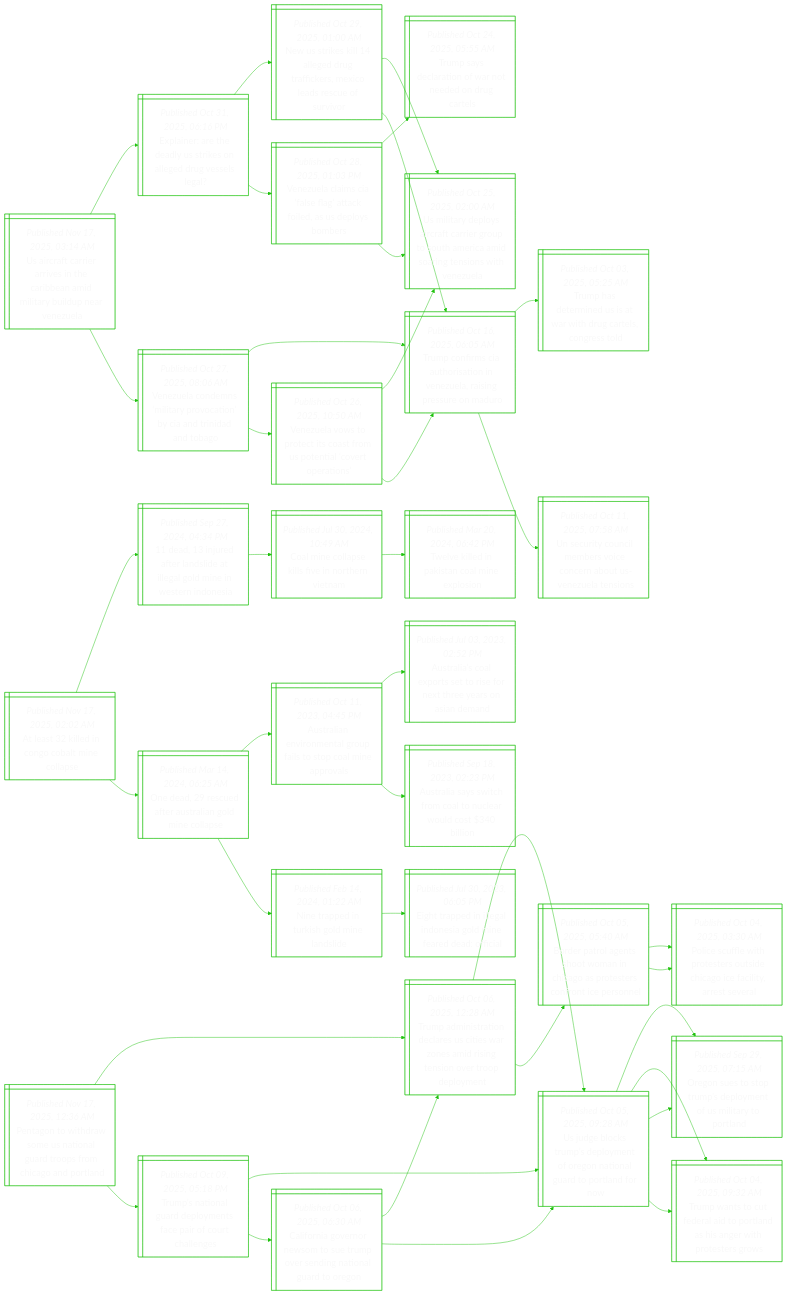
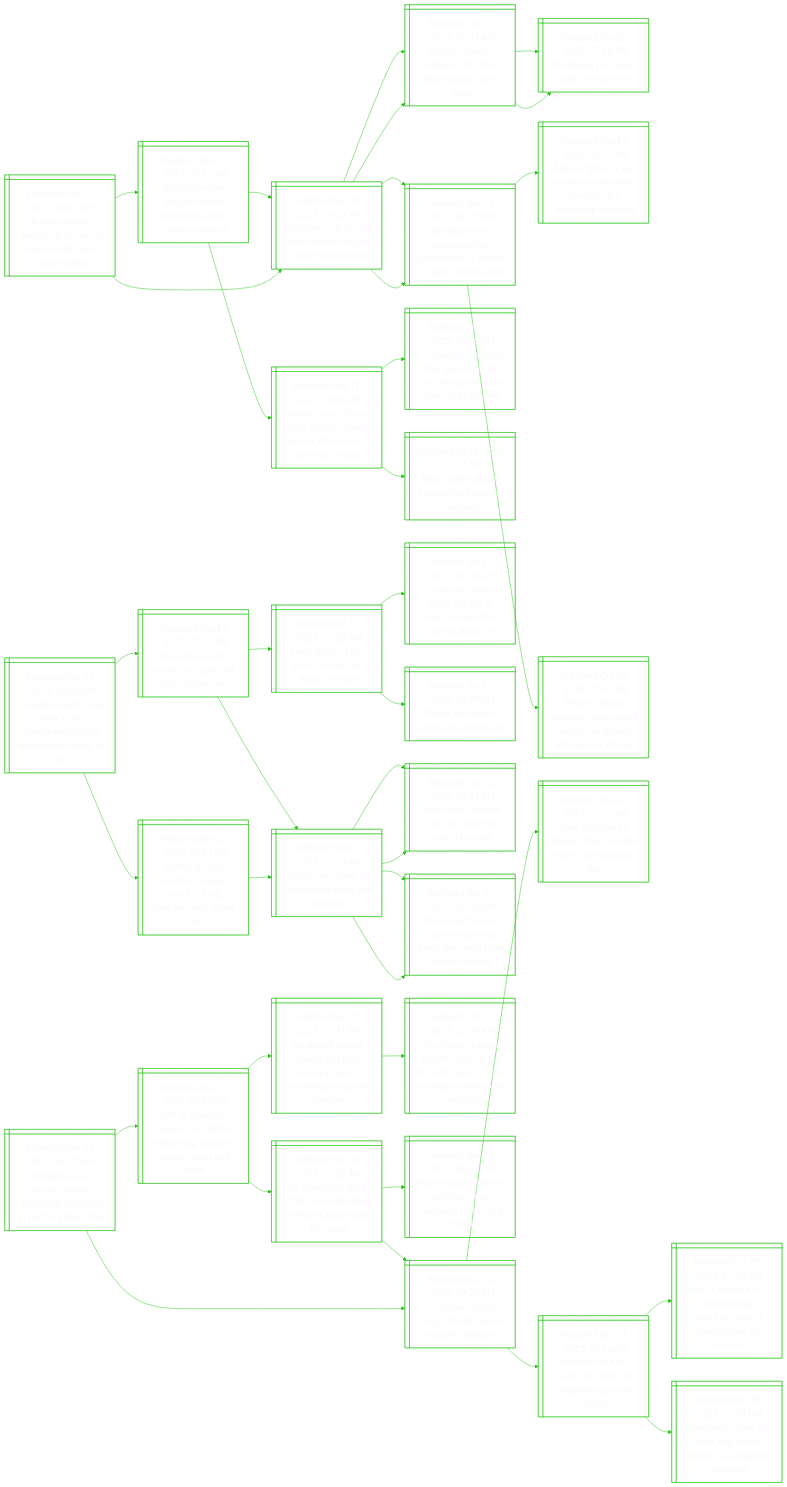
Before and after one commit to notJmes/notJmes: the diagram in README.md, drawn with Mermaid. The commit also changed other lines of this file, not shown here.

````diff
--- a/README.md
+++ b/README.md
@@ -16,127 +16,124 @@
 flowchart LR
 classDef txtsize font-size:20px;
 
-Ucceinaeiiburz@{ shape: win-pane, label: "_Published Nov 17, 2025, 03:14 AM_
-Us aircraft carrier arrives in the caribbean amid military buildup near venezuela" }
+Biiuilnreamc@{ shape: win-pane, label: "_Published Nov 17, 2025, 06:37 AM_
+Britain reviews human rights laws in major shake-up of asylum policy" }
+Biafssouamh@{ shape: win-pane, label: "_Published Nov 16, 2025, 06:42 AM_
+Britain to make refugee status temporary under asylum overhaul" }
+ReUamitnemn@{ shape: win-pane, label: "_Published Nov 15, 2025, 08:16 AM_
+Refugees in uk to face time-limited stays in border clampdown" }
+Biasspadyet@{ shape: win-pane, label: "_Published Sep 06, 2025, 01:35 AM_
+Britain’s starmer shakes up top team after deputy rayner quits" }
+Bseaitennatui@{ shape: win-pane, label: "_Published Nov 12, 2025, 08:37 PM_
+British pm keir starmer insists government is ‘united’ as plot rumours swirl" }
+Bsnoieameoeeot@{ shape: win-pane, label: "_Published Nov 11, 2025, 08:26 PM_
+British council loses bid to remove asylum seekers from hotel at centre of protests" }
+Uialtyesfreols@{ shape: win-pane, label: "_Published Oct 25, 2025, 03:09 AM_
+Uk minister ‘appalled’ after asylum seeker sex offender is freed from jail by mistake" }
+Naoddtumn@{ shape: win-pane, label: "_Published Jul 21, 2025, 06:17 AM_
+New clashes outside london hotel housing migrants" }
+ReUamitnemn@{ shape: win-pane, label: "_Published Nov 15, 2025, 08:16 AM_
+Refugees in uk to face time-limited stays in border clampdown" }
+Biasspadyet@{ shape: win-pane, label: "_Published Sep 06, 2025, 01:35 AM_
+Britain’s starmer shakes up top team after deputy rayner quits" }
+UuRrstr@{ shape: win-pane, label: "_Published Sep 05, 2025, 07:10 PM_
+Uk deputy pm rayner quits over tax error" }
+UuRrstr@{ shape: win-pane, label: "_Published Sep 05, 2025, 07:10 PM_
+Uk deputy pm rayner quits over tax error" }
+Bseaitennatui@{ shape: win-pane, label: "_Published Nov 12, 2025, 08:37 PM_
+British pm keir starmer insists government is ‘united’ as plot rumours swirl" }
+AsisSenfooeshn@{ shape: win-pane, label: "_Published Nov 12, 2025, 08:27 AM_
+Allies of britain’s keir starmer launch effort to ward off a leadership challenge" }
+Bibessdsstyea@{ shape: win-pane, label: "_Published Oct 25, 2025, 07:01 PM_
+Britain’s labour members pick sacked minister as deputy, defying keir starmer" }
+
+Biiuilnreamc:::txtsize --> Biafssouamh:::txtsize
+Biafssouamh:::txtsize --> ReUamitnemn:::txtsize
+ReUamitnemn:::txtsize --> Biasspadyet:::txtsize
+ReUamitnemn:::txtsize --> Bseaitennatui:::txtsize
+Biafssouamh:::txtsize --> Bsnoieameoeeot:::txtsize
+Bsnoieameoeeot:::txtsize --> Uialtyesfreols:::txtsize
+Bsnoieameoeeot:::txtsize --> Naoddtumn:::txtsize
+Biiuilnreamc:::txtsize --> ReUamitnemn:::txtsize
+ReUamitnemn:::txtsize --> Biasspadyet:::txtsize
+Biasspadyet:::txtsize --> UuRrstr:::txtsize
+Biasspadyet:::txtsize --> UuRrstr:::txtsize
+ReUamitnemn:::txtsize --> Bseaitennatui:::txtsize
+Bseaitennatui:::txtsize --> AsisSenfooeshn:::txtsize
+Bseaitennatui:::txtsize --> Bibessdsstyea:::txtsize
+
+FgishsdrcehfiI@{ shape: win-pane, label: "_Published Nov 17, 2025, 06:30 AM_
+Foreign minister says there is ‘no undeclared nuclear enrichment facility’ in iran" }
+Iairfudnak@{ shape: win-pane, label: "_Published Nov 16, 2025, 07:37 PM_
+Iran says us is not ready for ‘equal and fair’ nuclear talks" }
+IfIImlinr@{ shape: win-pane, label: "_Published Jun 15, 2025, 07:25 AM_
+‘i was afraid i’d die’: iran’s missiles rain down on israel" }
+Ilseearaenak@{ shape: win-pane, label: "_Published Jun 15, 2025, 05:30 AM_
+Israel-iran strikes enter 3rd day as trump warns tehran not to attack us" }
+TsasIhe@{ shape: win-pane, label: "_Published Jun 15, 2025, 03:49 AM_
+Trump says ‘war in israel-iran should end’" }
+Tspcdgiacs@{ shape: win-pane, label: "_Published Nov 07, 2025, 10:16 AM_
+Trump says ‘open’ to considering lifting iran sanctions" }
+Wrtenhwfx@{ shape: win-pane, label: "_Published Jun 13, 2025, 09:51 PM_
+Why israel attacked iran, and what to watch for next" }
+AaoIerftrcace@{ shape: win-pane, label: "_Published Sep 27, 2025, 08:42 PM_
+As un sanctions on iran re-enter into force, the world faces fearful choices" }
+VyrnentsouArs@{ shape: win-pane, label: "_Published Nov 12, 2025, 10:31 PM_
+Verifying iran’s enriched uranium stock is ‘long overdue’, iaea report says" }
+Tspcdgiacs@{ shape: win-pane, label: "_Published Nov 07, 2025, 10:16 AM_
+Trump says ‘open’ to considering lifting iran sanctions" }
+Wrtenhwfx@{ shape: win-pane, label: "_Published Jun 13, 2025, 09:51 PM_
+Why israel attacked iran, and what to watch for next" }
+AaoIerftrcace@{ shape: win-pane, label: "_Published Sep 27, 2025, 08:42 PM_
+As un sanctions on iran re-enter into force, the world faces fearful choices" }
+
+FgishsdrcehfiI:::txtsize --> Iairfudnak:::txtsize
+Iairfudnak:::txtsize --> IfIImlinr:::txtsize
+IfIImlinr:::txtsize --> Ilseearaenak:::txtsize
+IfIImlinr:::txtsize --> TsasIhe:::txtsize
+Iairfudnak:::txtsize --> Tspcdgiacs:::txtsize
+Tspcdgiacs:::txtsize --> Wrtenhwfx:::txtsize
+Tspcdgiacs:::txtsize --> AaoIerftrcace:::txtsize
+FgishsdrcehfiI:::txtsize --> VyrnentsouArs:::txtsize
+VyrnentsouArs:::txtsize --> Tspcdgiacs:::txtsize
+Tspcdgiacs:::txtsize --> Wrtenhwfx:::txtsize
+Tspcdgiacs:::txtsize --> AaoIerftrcace:::txtsize
+
+Pgytaepdbnflt@{ shape: win-pane, label: "_Published Nov 17, 2025, 06:27 AM_
+Pentagon says it struck another suspected drug boat in pacific, killing three" }
+orsomalduttpon@{ shape: win-pane, label: "_Published Nov 14, 2025, 07:37 PM_
+29% of americans support us military killing drug suspects, reuters/ipsos poll finds" }
+Ucceeonigsteens@{ shape: win-pane, label: "_Published Nov 11, 2025, 11:41 PM_
+Us aircraft carrier moves into latin america region, escalating venezuela tensions" }
+Uidycceuomasnswee@{ shape: win-pane, label: "_Published Oct 25, 2025, 02:00 AM_
+Us military deploys aircraft carrier group to south america amid soaring tensions with venezuela" }
+Uddrngufialhe@{ shape: win-pane, label: "_Published Nov 14, 2025, 06:32 AM_
+Us conducted 20th strike on alleged drug trafficking boat earlier this week" }
+MRdsriUinkGi@{ shape: win-pane, label: "_Published Nov 13, 2025, 08:44 AM_
+Marco rubio dismisses criticism of us caribbean strikes at g-7 meeting" }
+Uildcisiiig@{ shape: win-pane, label: "_Published Nov 10, 2025, 09:20 PM_
+Us strikes alleged drug-carrying vessels in pacific, killing six" }
+Uildcisiiig@{ shape: win-pane, label: "_Published Nov 10, 2025, 09:20 PM_
+Us strikes alleged drug-carrying vessels in pacific, killing six" }
+Nseldolrytc@{ shape: win-pane, label: "_Published Nov 07, 2025, 12:27 PM_
+New us strike on alleged drug boat kills three, says pentagon chief" }
 Eirdyroersl@{ shape: win-pane, label: "_Published Oct 31, 2025, 06:16 PM_
 Explainer: are the deadly us strikes on alleged drug vessels legal?​" }
 Nselgufexeeov@{ shape: win-pane, label: "_Published Oct 29, 2025, 01:00 AM_
 New us strikes kill 14 alleged drug traffickers, mexico leads rescue of survivor" }
-Uidycceuomasnswee@{ shape: win-pane, label: "_Published Oct 25, 2025, 02:00 AM_
-Us military deploys aircraft carrier group to south america amid soaring tensions with venezuela" }
-TcrAotnzrnsou@{ shape: win-pane, label: "_Published Oct 16, 2025, 06:05 AM_
-Trump confirms cia authorisation in venezuela, raising pressure on maduro" }
 VulClaaispbr@{ shape: win-pane, label: "_Published Oct 28, 2025, 01:03 PM_
 Venezuela claims cia ‘false flag’ attack foiled, as us deploys bombers" }
-Tseaonencl@{ shape: win-pane, label: "_Published Oct 24, 2025, 05:55 AM_
-Trump says declaration of war not needed on drug cartels" }
-Uidycceuomasnswee@{ shape: win-pane, label: "_Published Oct 25, 2025, 02:00 AM_
-Us military deploys aircraft carrier group to south america amid soaring tensions with venezuela" }
-VuonipcnAraTo@{ shape: win-pane, label: "_Published Oct 27, 2025, 08:06 AM_
-Venezuela condemns ‘military provocation’ by cia and trinidad and tobago" }
-TcrAotnzrnsou@{ shape: win-pane, label: "_Published Oct 16, 2025, 06:05 AM_
-Trump confirms cia authorisation in venezuela, raising pressure on maduro" }
-Thtniahclgt@{ shape: win-pane, label: "_Published Oct 03, 2025, 05:25 AM_
-Trump has determined us is at war with drug cartels, congress told" }
-UuCiboontnls@{ shape: win-pane, label: "_Published Oct 11, 2025, 07:58 AM_
-Un security council members voice concern about us-venezuela tensions" }
-VuopccfSnctas@{ shape: win-pane, label: "_Published Oct 26, 2025, 10:50 AM_
-Venezuela vows to protect its coast from us potential ‘covert operations’" }
-Uidycceuomasnswee@{ shape: win-pane, label: "_Published Oct 25, 2025, 02:00 AM_
-Us military deploys aircraft carrier group to south america amid soaring tensions with venezuela" }
-TcrAotnzrnsou@{ shape: win-pane, label: "_Published Oct 16, 2025, 06:05 AM_
-Trump confirms cia authorisation in venezuela, raising pressure on maduro" }
 
-Ucceinaeiiburz:::txtsize --> Eirdyroersl:::txtsize
+Pgytaepdbnflt:::txtsize --> orsomalduttpon:::txtsize
+orsomalduttpon:::txtsize --> Ucceeonigsteens:::txtsize
+Ucceeonigsteens:::txtsize --> Uidycceuomasnswee:::txtsize
+orsomalduttpon:::txtsize --> Uddrngufialhe:::txtsize
+Uddrngufialhe:::txtsize --> MRdsriUinkGi:::txtsize
+Uddrngufialhe:::txtsize --> Uildcisiiig:::txtsize
+Pgytaepdbnflt:::txtsize --> Uildcisiiig:::txtsize
+Uildcisiiig:::txtsize --> Nseldolrytc:::txtsize
+Uildcisiiig:::txtsize --> Eirdyroersl:::txtsize
 Eirdyroersl:::txtsize --> Nselgufexeeov:::txtsize
-Nselgufexeeov:::txtsize --> Uidycceuomasnswee:::txtsize
-Nselgufexeeov:::txtsize --> TcrAotnzrnsou:::txtsize
 Eirdyroersl:::txtsize --> VulClaaispbr:::txtsize
-VulClaaispbr:::txtsize --> Tseaonencl:::txtsize
-VulClaaispbr:::txtsize --> Uidycceuomasnswee:::txtsize
-Ucceinaeiiburz:::txtsize --> VuonipcnAraTo:::txtsize
-VuonipcnAraTo:::txtsize --> TcrAotnzrnsou:::txtsize
-TcrAotnzrnsou:::txtsize --> Thtniahclgt:::txtsize
-TcrAotnzrnsou:::txtsize --> UuCiboontnls:::txtsize
-VuonipcnAraTo:::txtsize --> VuopccfSnctas:::txtsize
-VuopccfSnctas:::txtsize --> Uidycceuomasnswee:::txtsize
-VuopccfSnctas:::txtsize --> TcrAotnzrnsou:::txtsize
-
-AslCctcp@{ shape: win-pane, label: "_Published Nov 17, 2025, 02:02 AM_
-At least 32 killed in congo cobalt mine collapse" }
-dndrsaeonenn@{ shape: win-pane, label: "_Published Sep 27, 2024, 04:34 PM_
-11 dead, 13 injured after landslide at illegal gold mine in western indonesia" }
-CilesitVa@{ shape: win-pane, label: "_Published Jul 30, 2024, 10:49 AM_
-Coal mine collapse kills five in northern vietnam" }
-Teeaales@{ shape: win-pane, label: "_Published Mar 20, 2024, 06:42 PM_
-Twelve killed in pakistan coal mine explosion" }
-Oacfulonl@{ shape: win-pane, label: "_Published Mar 14, 2024, 06:25 AM_
-One dead, 29 rescued after australian gold mine collapse" }
-Aaeotoisonrs@{ shape: win-pane, label: "_Published Oct 11, 2023, 04:45 PM_
-Australian environmental group fails to stop coal mine approvals" }
-Aacxsofxerse@{ shape: win-pane, label: "_Published Jul 03, 2023, 02:52 PM_
-Australia’s coal exports set to rise for next three years on asian demand" }
-Aaairaurdbo@{ shape: win-pane, label: "_Published Sep 18, 2023, 02:23 PM_
-Australia says switch from coal to nuclear would cost $340 billion" }
-Nrdrgind@{ shape: win-pane, label: "_Published Feb 14, 2024, 01:22 AM_
-Nine trapped in turkish gold mine landslide" }
-Etellngiaefl@{ shape: win-pane, label: "_Published Jul 30, 2023, 06:05 PM_
-Eight trapped in illegal indonesia gold mine feared dead: official" }
-
-AslCctcp:::txtsize --> dndrsaeonenn:::txtsize
-dndrsaeonenn:::txtsize --> CilesitVa:::txtsize
-CilesitVa:::txtsize --> Teeaales:::txtsize
-AslCctcp:::txtsize --> Oacfulonl:::txtsize
-Oacfulonl:::txtsize --> Aaeotoisonrs:::txtsize
-Aaeotoisonrs:::txtsize --> Aacxsofxerse:::txtsize
-Aaeotoisonrs:::txtsize --> Aaairaurdbo:::txtsize
-Oacfulonl:::txtsize --> Nrdrgind:::txtsize
-Nrdrgind:::txtsize --> Etellngiaefl:::txtsize
-
-Pgwrmaaroocnt@{ shape: win-pane, label: "_Published Nov 17, 2025, 12:36 AM_
-Pentagon to withdraw some us national guard troops from chicago and portland" }
-Taiteeiwniinorem@{ shape: win-pane, label: "_Published Oct 06, 2025, 12:28 AM_
-Trump administration declares us cities war zones amid rising tension over troop deployment" }
-UgcuemfoiGttfw@{ shape: win-pane, label: "_Published Oct 05, 2025, 09:28 AM_
-Us judge blocks trump’s deployment of oregon national guard to portland for now" }
-OntpplnStol@{ shape: win-pane, label: "_Published Sep 29, 2025, 07:15 AM_
-Oregon sues to stop trump’s deployment of us military to portland" }
-Twtfattaawrtr@{ shape: win-pane, label: "_Published Oct 04, 2025, 09:32 AM_
-Trump wants to cut federal aid to portland as his anger with protesters grows" }
-BronomCgrtonpn@{ shape: win-pane, label: "_Published Oct 05, 2025, 05:40 AM_
-Border patrol agents shoot woman in chicago as protesters confront ice personnel" }
-Pefttrshoatev@{ shape: win-pane, label: "_Published Oct 04, 2025, 03:30 AM_
-Police scuffle with protesters outside chicago ice facility, arrest several" }
-Pefttrshoatev@{ shape: win-pane, label: "_Published Oct 04, 2025, 03:30 AM_
-Police scuffle with protesters outside chicago ice facility, arrest several" }
-Tsouemfacce@{ shape: win-pane, label: "_Published Oct 09, 2025, 05:18 PM_
-Trump’s national guard deployments face pair of court challenges" }
-UgcuemfoiGttfw@{ shape: win-pane, label: "_Published Oct 05, 2025, 09:28 AM_
-Us judge blocks trump’s deployment of oregon national guard to portland for now" }
-OntpplnStol@{ shape: win-pane, label: "_Published Sep 29, 2025, 07:15 AM_
-Oregon sues to stop trump’s deployment of us military to portland" }
-Twtfattaawrtr@{ shape: win-pane, label: "_Published Oct 04, 2025, 09:32 AM_
-Trump wants to cut federal aid to portland as his anger with protesters grows" }
-CoGnworvnNnaOn@{ shape: win-pane, label: "_Published Oct 06, 2025, 06:30 AM_
-California governor newsom to sue trump over sending national guard to oregon" }
-Taiteeiwniinorem@{ shape: win-pane, label: "_Published Oct 06, 2025, 12:28 AM_
-Trump administration declares us cities war zones amid rising tension over troop deployment" }
-UgcuemfoiGttfw@{ shape: win-pane, label: "_Published Oct 05, 2025, 09:28 AM_
-Us judge blocks trump’s deployment of oregon national guard to portland for now" }
-
-Pgwrmaaroocnt:::txtsize --> Taiteeiwniinorem:::txtsize
-Taiteeiwniinorem:::txtsize --> UgcuemfoiGttfw:::txtsize
-UgcuemfoiGttfw:::txtsize --> OntpplnStol:::txtsize
-UgcuemfoiGttfw:::txtsize --> Twtfattaawrtr:::txtsize
-Taiteeiwniinorem:::txtsize --> BronomCgrtonpn:::txtsize
-BronomCgrtonpn:::txtsize --> Pefttrshoatev:::txtsize
-BronomCgrtonpn:::txtsize --> Pefttrshoatev:::txtsize
-Pgwrmaaroocnt:::txtsize --> Tsouemfacce:::txtsize
-Tsouemfacce:::txtsize --> UgcuemfoiGttfw:::txtsize
-UgcuemfoiGttfw:::txtsize --> OntpplnStol:::txtsize
-UgcuemfoiGttfw:::txtsize --> Twtfattaawrtr:::txtsize
-Tsouemfacce:::txtsize --> CoGnworvnNnaOn:::txtsize
-CoGnworvnNnaOn:::txtsize --> Taiteeiwniinorem:::txtsize
-CoGnworvnNnaOn:::txtsize --> UgcuemfoiGttfw:::txtsize
 
 ```
````
